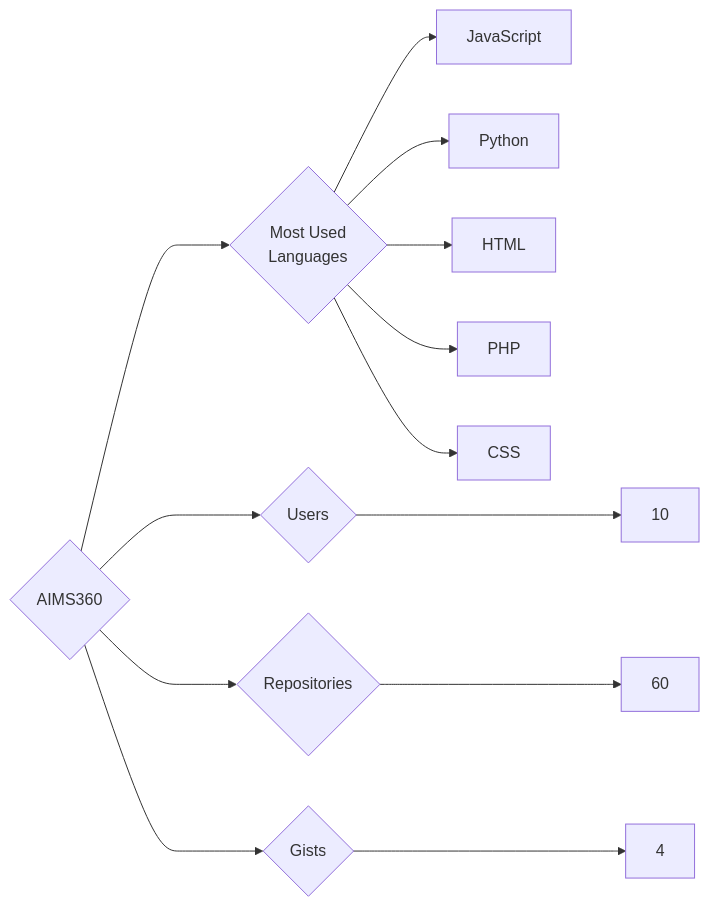
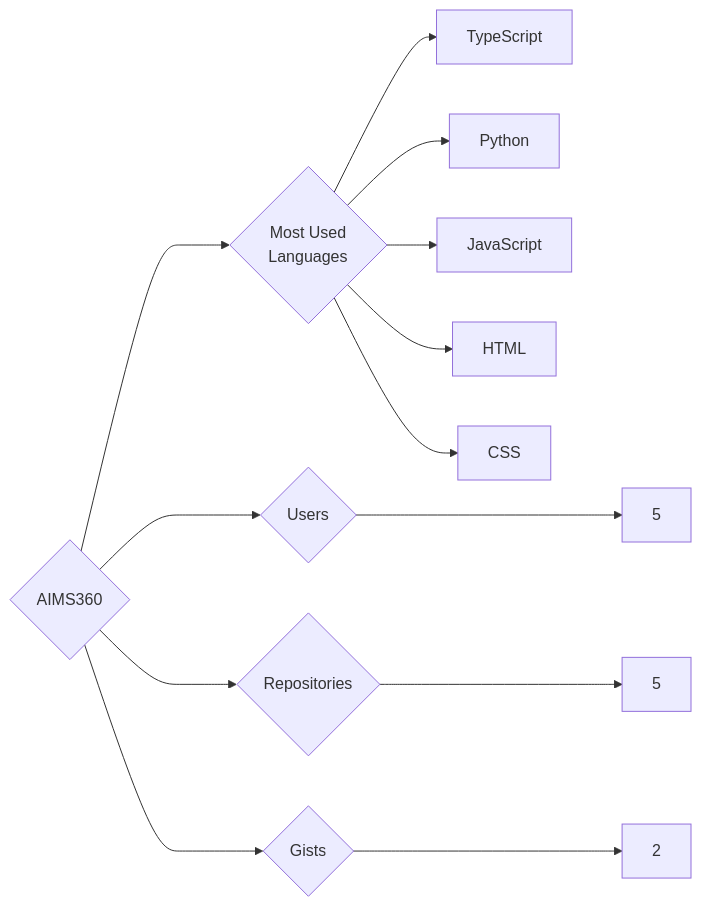
One commit to trickest/insiders changed the diagram in targets/AIMS360/README.md. Above: the diagram before and after it, drawn with Mermaid. The commit also changed 1238 other files, not shown here.

````diff
--- a/targets/AIMS360/README.md
+++ b/targets/AIMS360/README.md
@@ -3,13 +3,13 @@
 ```mermaid
 graph LR
 COMPANY_NAME{AIMS360}
-COMPANY_NAME ---> U{Users} ---> UN[10]
-COMPANY_NAME ---> R{Repositories} ---> RN[60]
-COMPANY_NAME ---> G{Gists} ---> GN[4]
+COMPANY_NAME ---> U{Users} ---> UN[5]
+COMPANY_NAME ---> R{Repositories} ---> RN[5]
+COMPANY_NAME ---> G{Gists} ---> GN[2]
 COMPANY_NAME ---> ML{Most Used<br>Languages}
+ML --> TypeScript[TypeScript]
+ML --> Python[Python]
 ML --> JavaScript[JavaScript]
-ML --> Python[Python]
 ML --> HTML[HTML]
-ML --> PHP[PHP]
 ML --> CSS[CSS]
 ```
````
